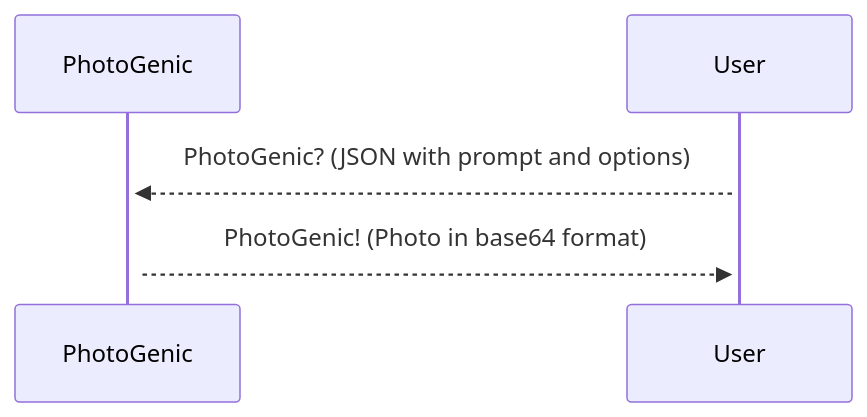
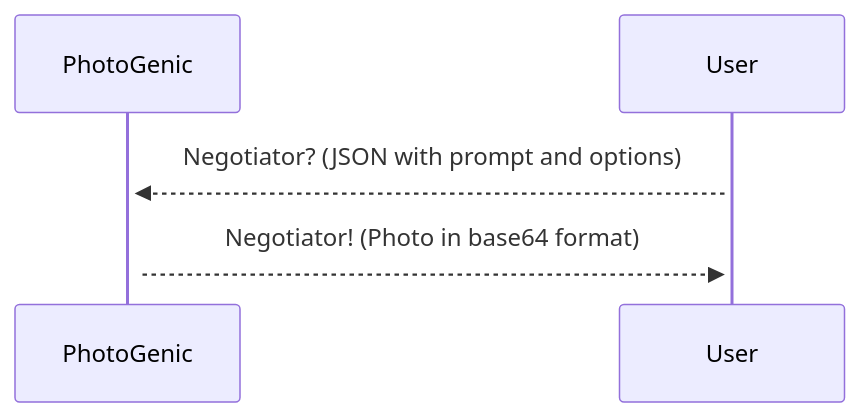
One commit to TheNeg0t1ator/Benternet-ZMQ changed the first of 2 diagrams in README.md. Above: the diagram before and after it, drawn with Mermaid. The commit also changed other lines of this file, not shown here.

````diff
--- a/README.md
+++ b/README.md
@@ -7,10 +7,10 @@
 ```mermaid
 sequenceDiagram
     participant PhotoGenic
     participant User
 
     activate User
     activate PhotoGenic
-    User-->>+PhotoGenic: PhotoGenic? (JSON with prompt and options)
-    PhotoGenic-->>+User: PhotoGenic! (Photo in base64 format)
+    User-->>+PhotoGenic: Negotiator? (JSON with prompt and options)
+    PhotoGenic-->>+User: Negotiator! (Photo in base64 format)
 ```
````
